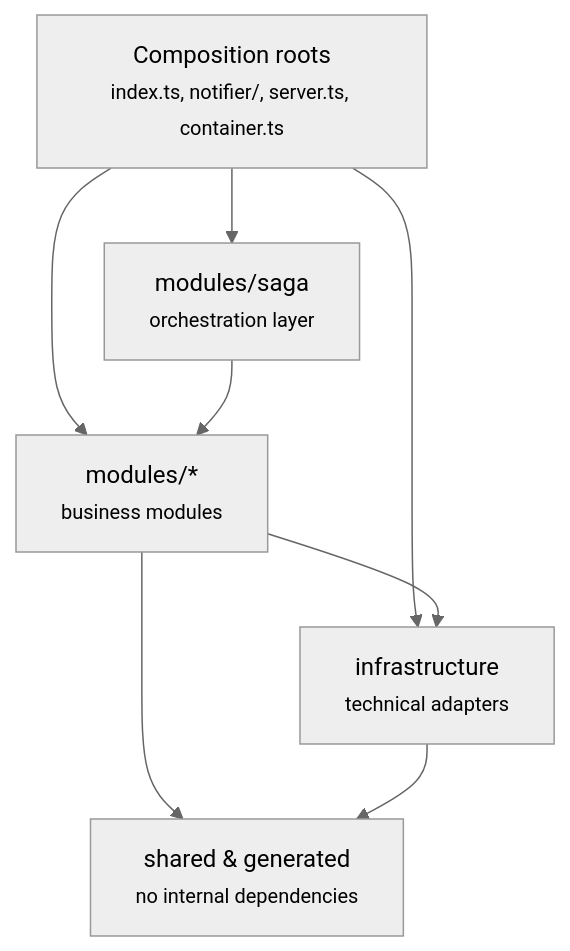
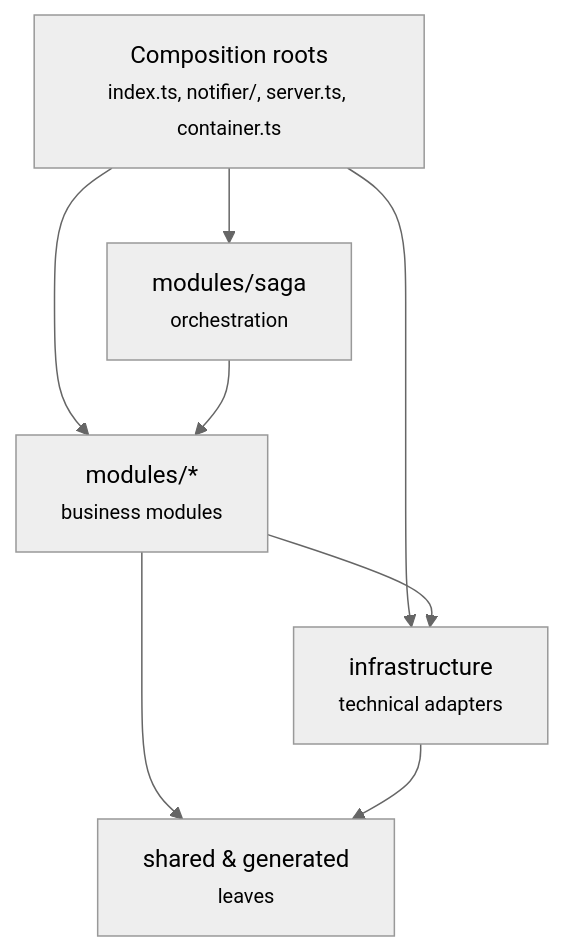
The first of 2 diagrams in docs/architecture.md (GenesisEducationKyiv/software-engineering-school-6-0-Crosshell), drawn with Mermaid (neutral theme) before and after one commit. The commit also changed other lines of this file and 3 other files, not shown here.

Commit message:
docs(hw10): add architecture diagram and revise documentation structure

````diff
--- a/docs/architecture.md
+++ b/docs/architecture.md
@@ -19,16 +55,16 @@
 ```mermaid
 flowchart TD
     Comp["Composition roots<br/><small>index.ts, notifier/, server.ts, container.ts</small>"]
-    Saga["modules/saga<br/><small>orchestration layer</small>"]
+    Saga["modules/saga<br/><small>orchestration</small>"]
     Modules["modules/*<br/><small>business modules</small>"]
     Infra["infrastructure<br/><small>technical adapters</small>"]
-    Leaves["shared & generated<br/><small>no internal dependencies</small>"]
+    Leaves["shared & generated<br/><small>leaves</small>"]
 
     Comp --> Saga
     Comp --> Modules
     Comp --> Infra
     Saga --> Modules
     Modules --> Infra
     Modules --> Leaves
     Infra --> Leaves
 ```
````
